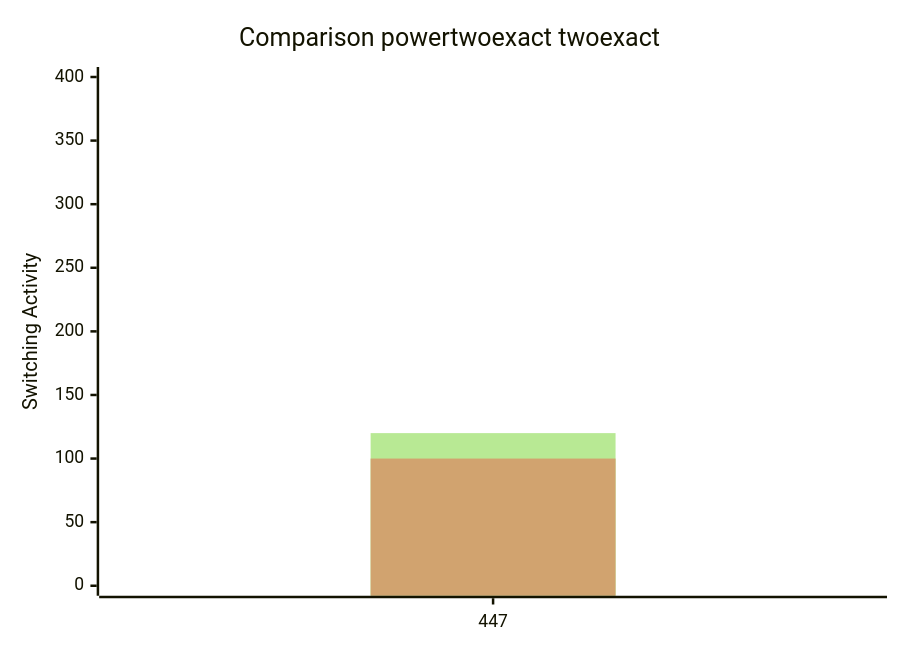
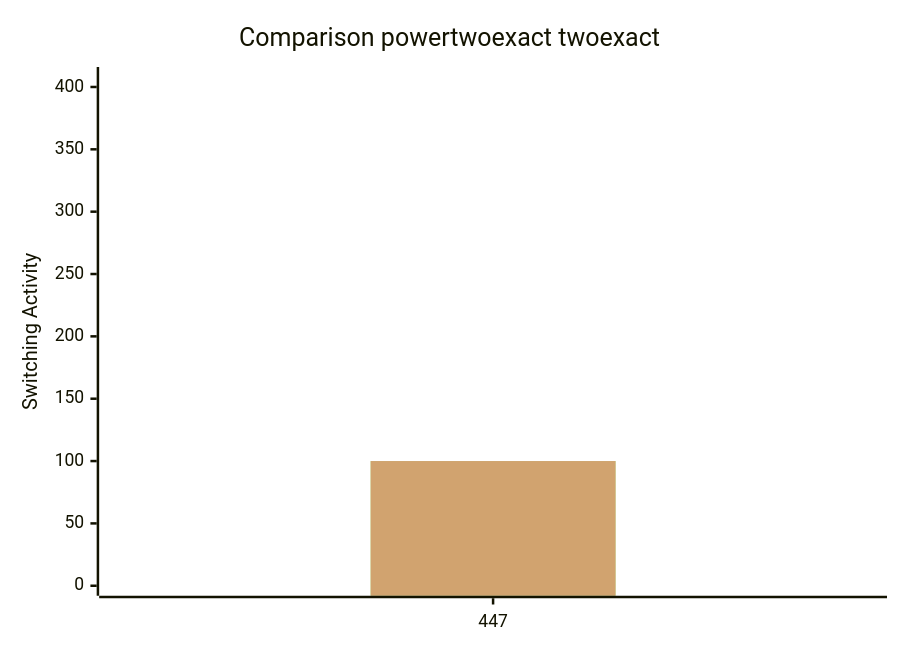
One commit to FeldmeierMichael/Exact-Power-Synthesis changed the diagram in benchmark_opt2.md. Above: the diagram before and after it, drawn with Mermaid. The commit also changed other lines of this file, not shown here.

````diff
--- a/benchmark_opt2.md
+++ b/benchmark_opt2.md
@@ -3,12 +3,12 @@
 ```mermaid
 xychart-beta
     title "Comparison powertwoexact twoexact"
     x-axis [447]
-    y-axis "Switching Activity" 0-->400
-    line [392]
+    y-axis "Switching Activity" 0-->408
+    line [408]
     line [400]
-    line [392.0]
+    line [408.0]
     line [400.0]
-    bar [120]
+    bar [100]
     bar [100]
 ```
````
